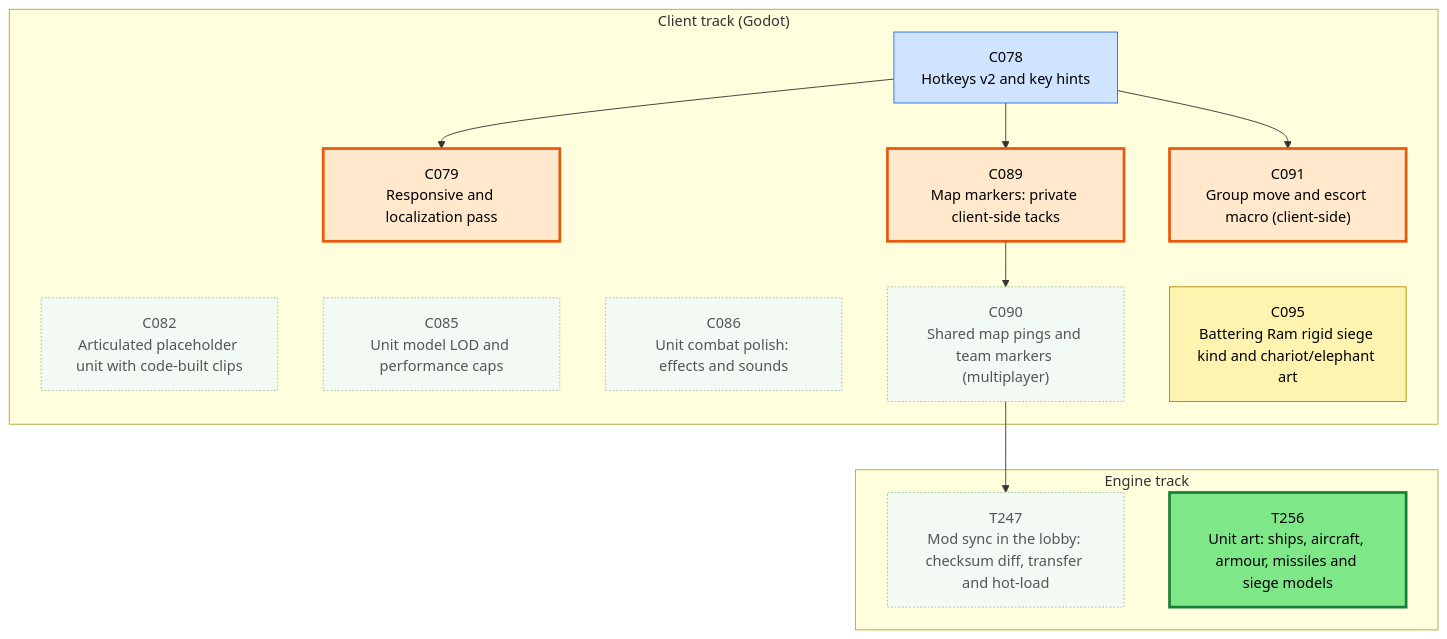
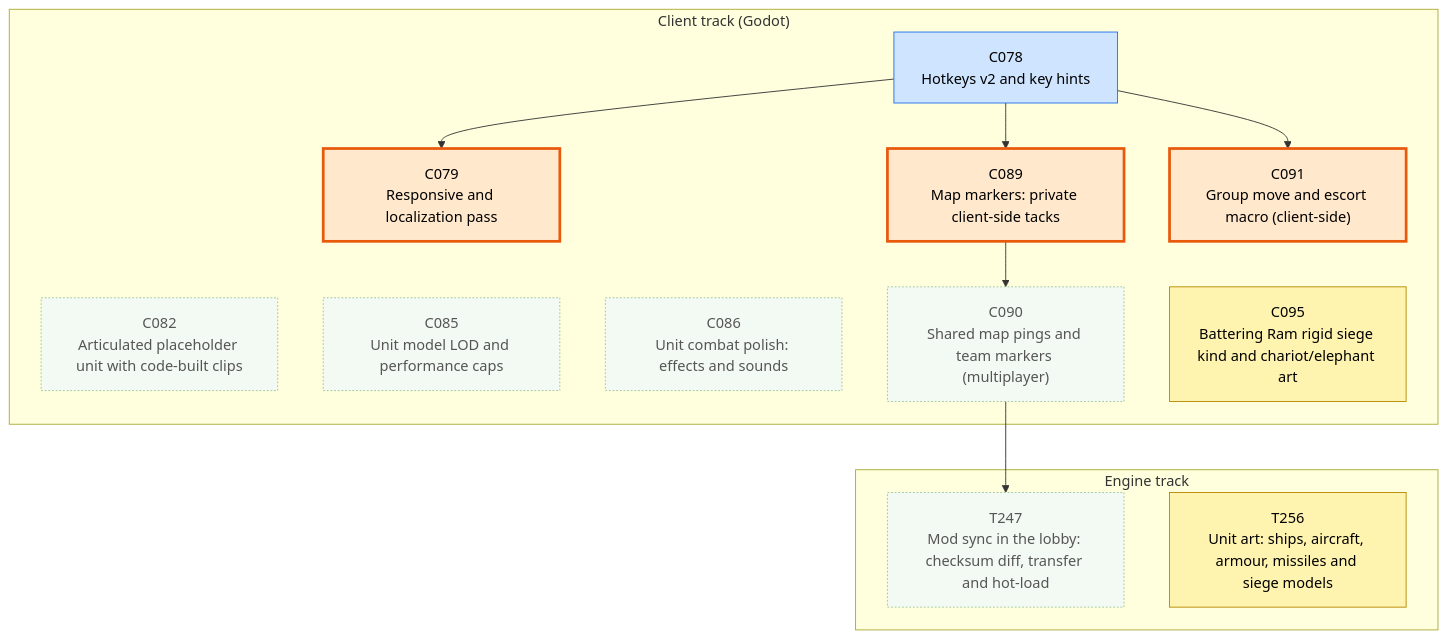
Before and after one commit to Kenmura/Unciv: the first of 3 diagrams in csharp/migration/DEPENDENCY_MAP.md, drawn with Mermaid. The commit also changed other lines of this file and 1 other file, not shown here.

````diff
--- a/csharp/migration/DEPENDENCY_MAP.md
+++ b/csharp/migration/DEPENDENCY_MAP.md
@@ -25,41 +25,41 @@
 ```mermaid
 flowchart TD
   subgraph TTRACK["Engine track"]
     T247["T247<br/>Mod sync in the lobby: checksum diff, transfer and hot-load"]
     T256["T256<br/>Unit art: ships, aircraft, armour, missiles and siege models"]
   end
   subgraph CTRACK["Client track (Godot)"]
     C078["C078<br/>Hotkeys v2 and key hints"]
     C079["C079<br/>Responsive and localization pass"]
     C082["C082<br/>Articulated placeholder unit with code-built clips"]
     C085["C085<br/>Unit model LOD and performance caps"]
     C086["C086<br/>Unit combat polish: effects and sounds"]
     C089["C089<br/>Map markers: private client-side tacks"]
     C090["C090<br/>Shared map pings and team markers (multiplayer)"]
     C091["C091<br/>Group move and escort macro (client-side)"]
     C095["C095<br/>Battering Ram rigid siege kind and chariot/elephant art"]
   end
   C090 --> T247
   C078 --> C079
   C078 --> C089
   C089 --> C090
   C078 --> C091
   classDef waiting fill:#f3faf3,stroke:#9bc49b,color:#555,stroke-dasharray:2 2
   classDef ondeck fill:#ffe8cc,stroke:#e8590c,stroke-width:3px,color:#000
   classDef ready fill:#7ee787,stroke:#1a7f37,stroke-width:3px,color:#000
   classDef prog fill:#fff3b0,stroke:#b58900,color:#000
   classDef review fill:#cfe4ff,stroke:#1f6feb,color:#000
   classDef blocked fill:#ffd6d6,stroke:#c62828,color:#000
   classDef done fill:#eeeeee,stroke:#999999,color:#666,stroke-dasharray:4 3
   class C078 review
   class C079 ondeck
   class C082 waiting
   class C085 waiting
   class C086 waiting
   class C089 ondeck
   class C090 waiting
   class C091 ondeck
   class C095 prog
   class T247 waiting
-  class T256 ready
+  class T256 prog
 ```
````
